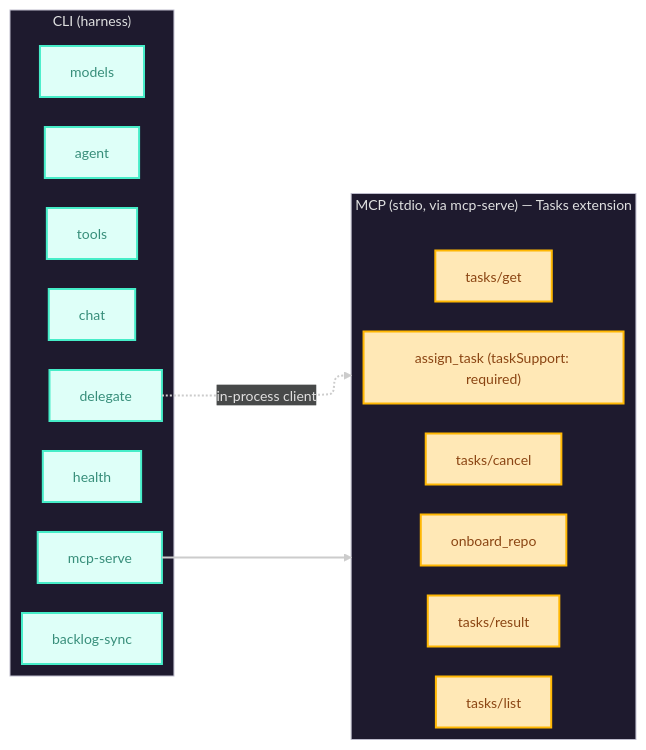
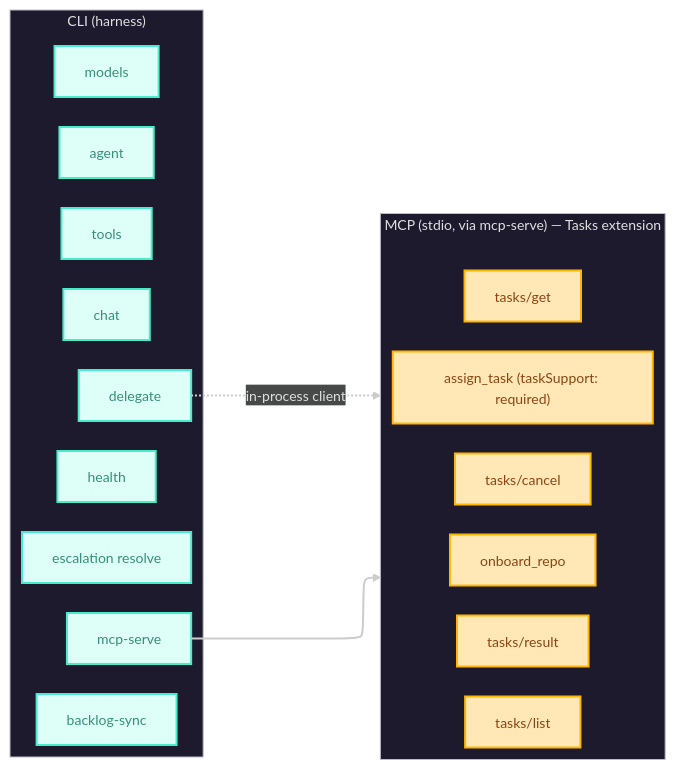
The second of 5 diagrams in ARCHITECTURE.md (DominicBurkart/nanna-coder), drawn with Mermaid before and after one commit. The commit also changed other lines of this file and 3 other files, not shown here.

First line of the commit message:
feat(cli): escalation resolve, health line and _meta.escalations

````diff
--- a/ARCHITECTURE.md
+++ b/ARCHITECTURE.md
@@ -74,32 +76,33 @@
 ```mermaid
 ---
 config:
   theme: redux-dark
   layout: elk
 ---
 flowchart LR
     subgraph CLI["CLI (harness)"]
         chat
         agent
         delegate
         mcpserve["mcp-serve"]
         models
         tools
         health
         backlogsync["backlog-sync"]
+        escalation["escalation resolve"]
     end
     subgraph MCP["MCP (stdio, via mcp-serve) — Tasks extension"]
         assign_task["assign_task (taskSupport: required)"]
         onboard_repo
         tget["tasks/get"]
         tresult["tasks/result"]
         tlist["tasks/list"]
         tcancel["tasks/cancel"]
     end
     mcpserve --> MCP
     delegate -.->|in-process client| MCP
     classDef cli stroke:#46EDC8,fill:#DEFFF8,color:#378E7A
     classDef mcp stroke:#FFB703,fill:#FFE8B6,color:#8B4513
-    class chat,agent,delegate,mcpserve,models,tools,health,backlogsync cli
+    class chat,agent,delegate,mcpserve,models,tools,health,backlogsync,escalation cli
     class assign_task,onboard_repo,tget,tresult,tlist,tcancel mcp
 ```
````
